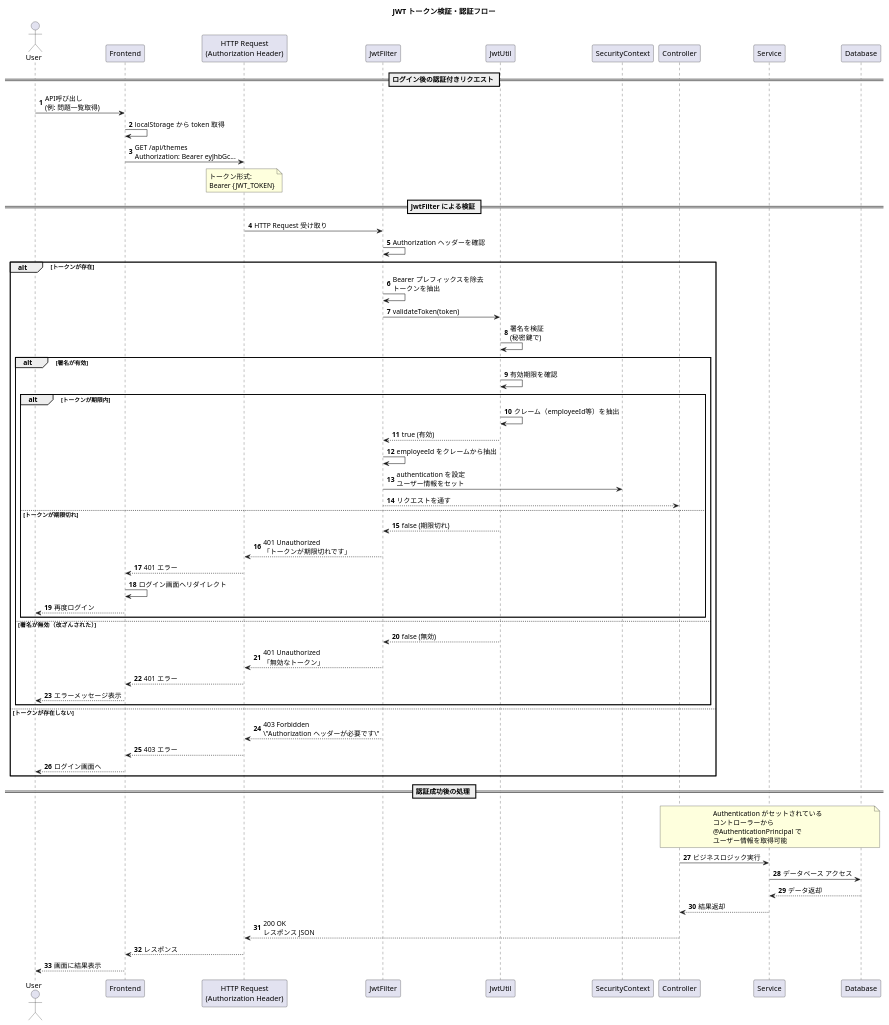
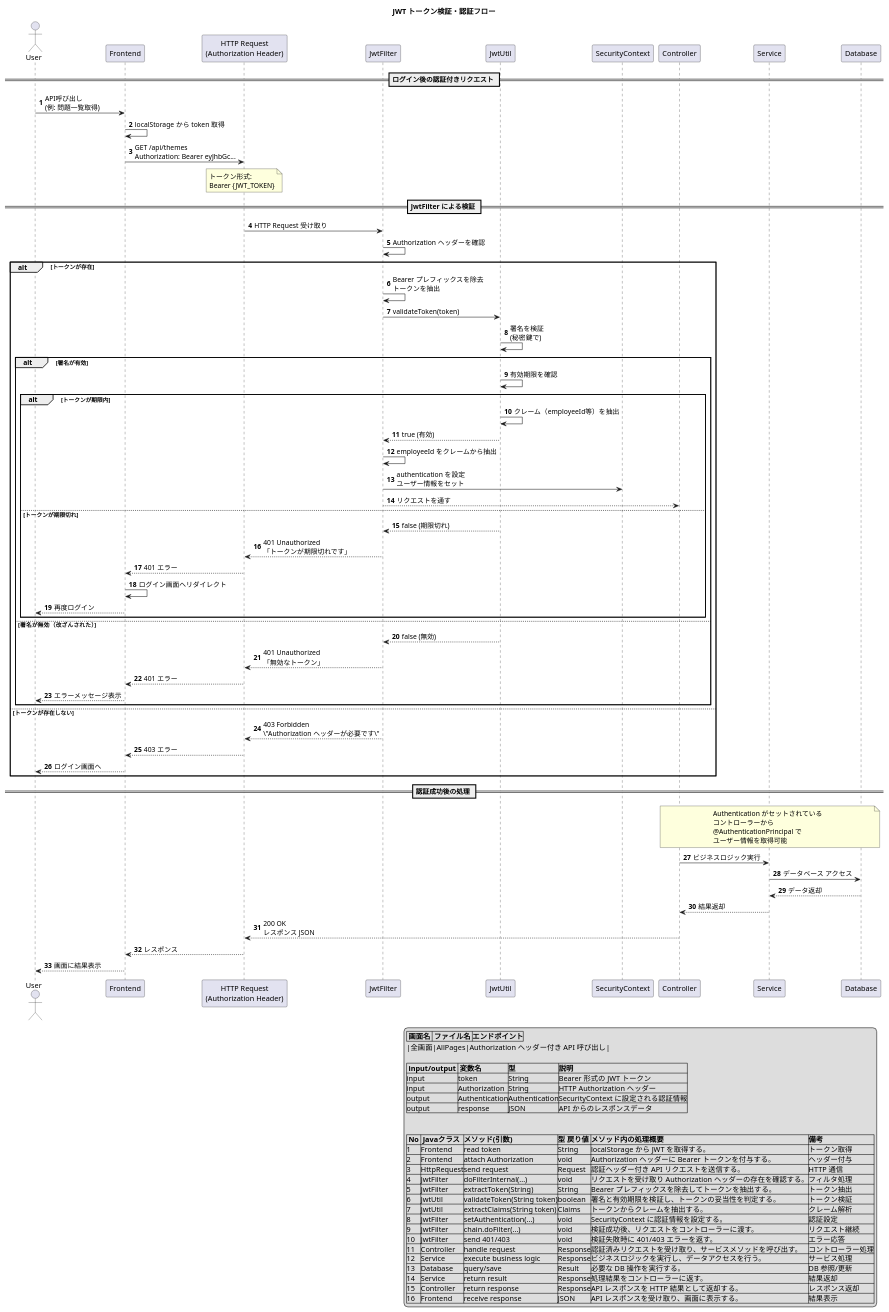
Before and after one commit to MyonsokuI/work_preview_app: the diagram in docs/uml/sequence/sequence-jwt-authentication.puml, drawn with PlantUML. The commit also changed 4 other files, not shown here.

Commit message:
Enhance UML sequence diagrams with endpoint design and detailed input/output specifications for admin progress check, user journey, JWT authentication, login flow, and question-answer flow

```diff
--- a/docs/uml/sequence/sequence-jwt-authentication.puml
+++ b/docs/uml/sequence/sequence-jwt-authentication.puml
@@ -1,87 +1,125 @@
 @startuml JWT認証フロー
 autonumber
 title JWT トークン検証・認証フロー
 
 actor User as user
 participant "Frontend" as frontend
 participant "HTTP Request\n(Authorization Header)" as http
 participant "JwtFilter" as filter
 participant "JwtUtil" as jwtUtil
 participant "SecurityContext" as secContext
 participant "Controller" as controller
 participant "Service" as service
 participant "Database" as db
 
 == ログイン後の認証付きリクエスト ==
 user -> frontend: API呼び出し\n(例: 問題一覧取得)
 
 frontend -> frontend: localStorage から token 取得
 frontend -> http: GET /api/themes\nAuthorization: Bearer eyJhbGc...
 
 note over http
     トークン形式:
     Bearer {JWT_TOKEN}
 end note
 
 == JwtFilter による検証 ==
 http -> filter: HTTP Request 受け取り
 filter -> filter: Authorization ヘッダーを確認
 
 alt トークンが存在
     filter -> filter: Bearer プレフィックスを除去\nトークンを抽出
     
     filter -> jwtUtil: validateToken(token)
     
     jwtUtil -> jwtUtil: 署名を検証\n(秘密鍵で)
     
     alt 署名が有効
         jwtUtil -> jwtUtil: 有効期限を確認
         
         alt トークンが期限内
             jwtUtil -> jwtUtil: クレーム（employeeId等）を抽出
             jwtUtil --> filter: true (有効)
             
             filter -> filter: employeeId をクレームから抽出
             filter -> secContext: authentication を設定\nユーザー情報をセット
             
             filter --> controller: リクエストを通す
             
         else トークンが期限切れ
             jwtUtil --> filter: false (期限切れ)
             filter --> http: 401 Unauthorized\n「トークンが期限切れです」
             http --> frontend: 401 エラー
             frontend -> frontend: ログイン画面へリダイレクト
             frontend --> user: 再度ログイン
         end
         
     else 署名が無効（改ざんされた）
         jwtUtil --> filter: false (無効)
         filter --> http: 401 Unauthorized\n「無効なトークン」
         http --> frontend: 401 エラー
         frontend --> user: エラーメッセージ表示
     end
     
 else トークンが存在しない
     filter --> http: 403 Forbidden\n\"Authorization ヘッダーが必要です\"
     http --> frontend: 403 エラー
     frontend --> user: ログイン画面へ
 end
 
 == 認証成功後の処理 ==
 note over controller, db
     Authentication がセットされている
     コントローラーから
     @AuthenticationPrincipal で
     ユーザー情報を取得可能
 end note
 
 controller -> service: ビジネスロジック実行
 service -> db: データベース アクセス
 db --> service: データ返却
 service --> controller: 結果返却
 
 controller --> http: 200 OK\nレスポンス JSON
 http --> frontend: レスポンス
 frontend --> user: 画面に結果表示
 
+'② エンドポイント設計
+legend right
+|= 画面名 |= ファイル名 |=エンドポイント|
+|全画面|AllPages|Authorization ヘッダー付き API 呼び出し| 
+
+'③ インプット・アウトプット
+|= input/output |= 変数名 |=型|=説明|
+|input|token|String|Bearer 形式の JWT トークン|
+|input|Authorization|String|HTTP Authorization ヘッダー|
+|output|Authentication|Authentication|SecurityContext に設定される認証情報|
+|output|response|JSON|API からのレスポンスデータ|
+
+/'
+④ ①の図の詳細説明表
+- Javaクラス名：メソッドを実装するクラス名を記述する。（クラス図参照）
+- 処理メソッド名：使用するメソッド名を記述する。（クラス図参照）
+- 処理の流れ：メソッド内の処理内容を順番通りに日本語で説明する。図にも入力・出力の変数を示すが、言葉でより詳細に説明する。
+- 備考：（実装のヒントや使用想定の要素技術などを記述する。）'/
+
+|= No |= Javaクラス |=メソッド(引数)|=型 戻り値|=メソッド内の処理概要|=備考|
+|1|Frontend|read token|String|localStorage から JWT を取得する。|トークン取得|
+|2|Frontend|attach Authorization|void|Authorization ヘッダーに Bearer トークンを付与する。|ヘッダー付与|
+|3|HttpRequest|send request|Request|認証ヘッダー付き API リクエストを送信する。|HTTP 通信|
+|4|JwtFilter|doFilterInternal(...)|void|リクエストを受け取り Authorization ヘッダーの存在を確認する。|フィルタ処理|
+|5|JwtFilter|extractToken(String)|String|Bearer プレフィックスを除去してトークンを抽出する。|トークン抽出|
+|6|JwtUtil|validateToken(String token)|boolean|署名と有効期限を検証し、トークンの妥当性を判定する。|トークン検証|
+|7|JwtUtil|extractClaims(String token)|Claims|トークンからクレームを抽出する。|クレーム解析|
+|8|JwtFilter|setAuthentication(...)|void|SecurityContext に認証情報を設定する。|認証設定|
+|9|JwtFilter|chain.doFilter(...)|void|検証成功後、リクエストをコントローラーに渡す。|リクエスト継続|
+|10|JwtFilter|send 401/403|void|検証失敗時に 401/403 エラーを返す。|エラー応答|
+|11|Controller|handle request|Response|認証済みリクエストを受け取り、サービスメソッドを呼び出す。|コントローラー処理|
+|12|Service|execute business logic|Response|ビジネスロジックを実行し、データアクセスを行う。|サービス処理|
+|13|Database|query/save|Result|必要な DB 操作を実行する。|DB 参照/更新|
+|14|Service|return result|Response|処理結果をコントローラーに返す。|結果返却|
+|15|Controller|return response|Response|API レスポンスを HTTP 結果として返却する。|レスポンス返却|
+|16|Frontend|receive response|JSON|API レスポンスを受け取り、画面に表示する。|結果表示|
+endlegend
+
 @enduml
```
